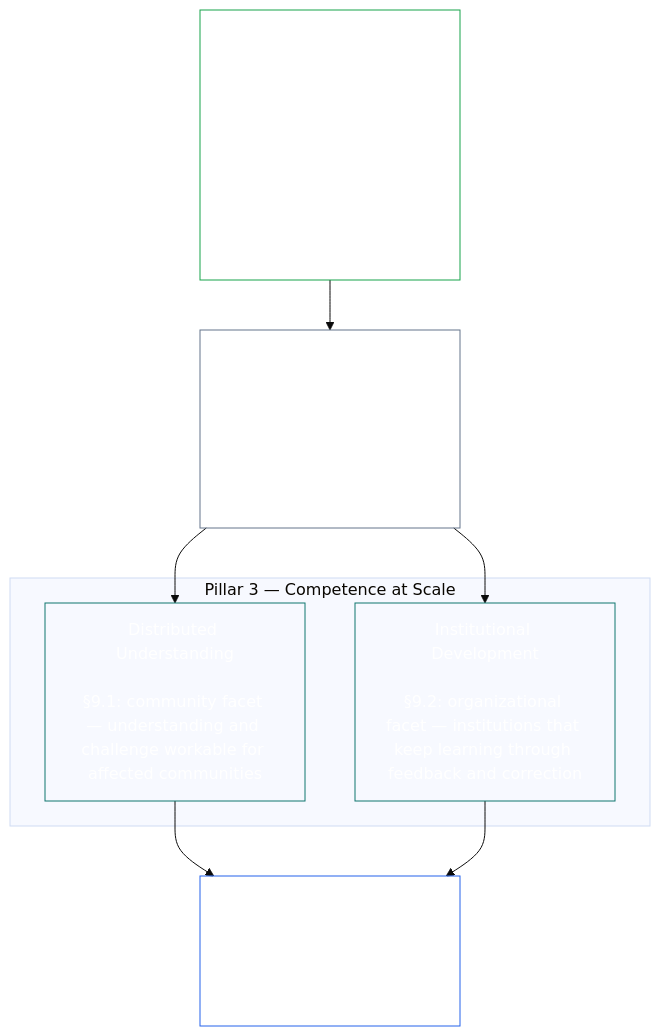
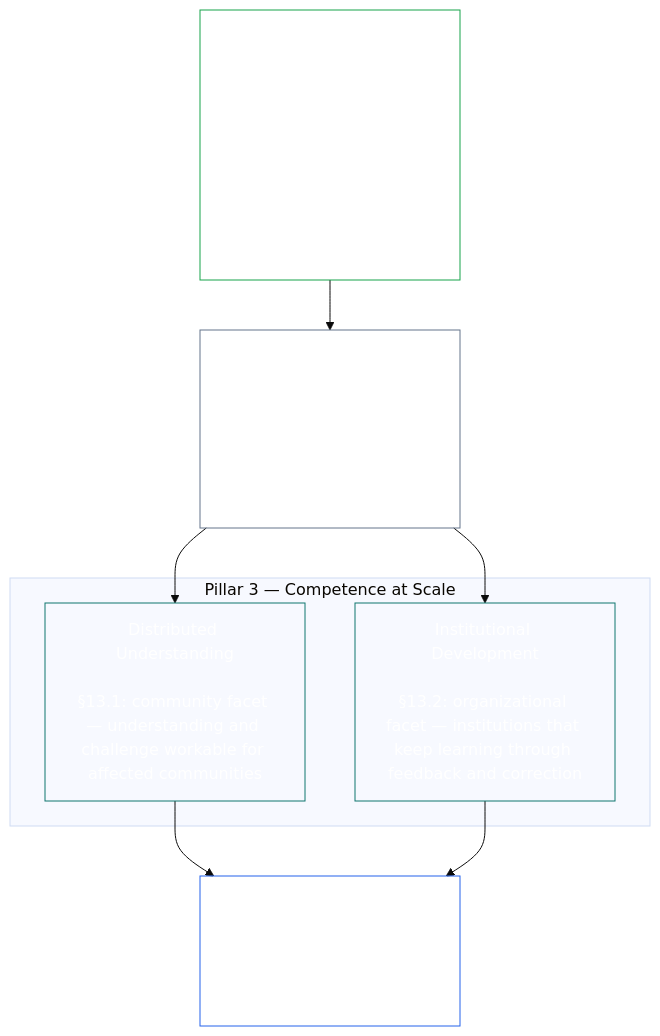
One commit to kfoelsch/Sentient_Constitution changed the diagram in core_01_c_stewardship_capacity_principles.md. Above: the diagram before and after it, drawn with Mermaid (base theme). The commit also changed other lines of this file and 126 other files, not shown here.

````diff
--- a/core_01_c_stewardship_capacity_principles.md
+++ b/core_01_c_stewardship_capacity_principles.md
@@ -96,17 +93,17 @@
 ```mermaid
 flowchart TB
-    P1["Pillar 1 — Consequential Stewardship<br/><br/>§10: hands-on operation, maintenance, oversight, and improvement of material systems"]
+    P1["Pillar 1 — Consequential Stewardship<br/><br/>§14: hands-on operation, maintenance, oversight, and improvement of material systems"]
     P2["Pillar 2 — Proactive Stewardship<br/><br/>Catch trouble early, raise it on time for the role, and start fixing it without avoidable delay"]
     subgraph P3G["Pillar 3 — Competence at Scale"]
-        P3a["Distributed Understanding<br/><br/>§9.1: community facet — understanding and challenge workable for affected communities"]
-        P3b["Institutional Development<br/><br/>§9.2: organizational facet — institutions that keep learning through feedback and correction"]
+        P3a["Distributed Understanding<br/><br/>§13.1: community facet — understanding and challenge workable for affected communities"]
+        P3b["Institutional Development<br/><br/>§13.2: organizational facet — institutions that keep learning through feedback and correction"]
     end
     TETRAD["Constitutional Tetrad<br/><br/>Participation, Oversight, and Timeliness legs, scaled to material stake"]
     P1 --> P2 --> P3a --> TETRAD
     P2 --> P3b --> TETRAD
     style P1 fill:none,stroke:#16a34a,color:#ffffff
     style P2 fill:none,stroke:#64748b,color:#ffffff
     style P3a fill:none,stroke:#0f766e,color:#ffffff
     style P3b fill:none,stroke:#0f766e,color:#ffffff
     style TETRAD fill:none,stroke:#2563eb,color:#ffffff
 ```
````
